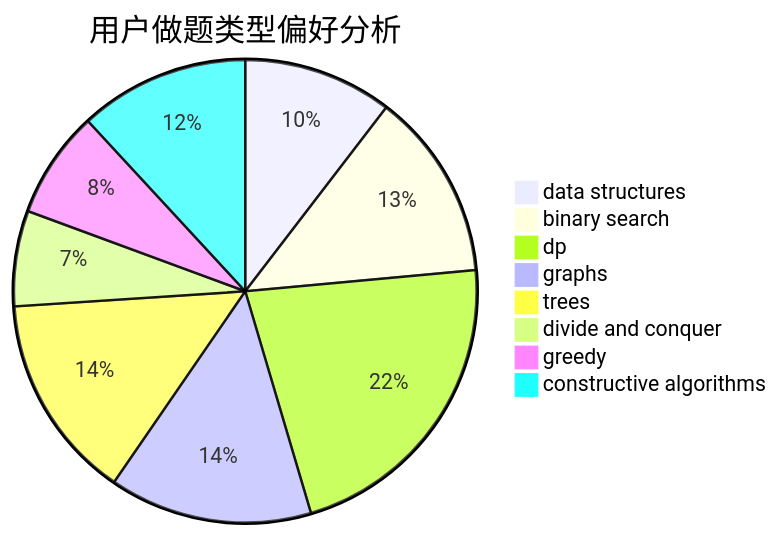
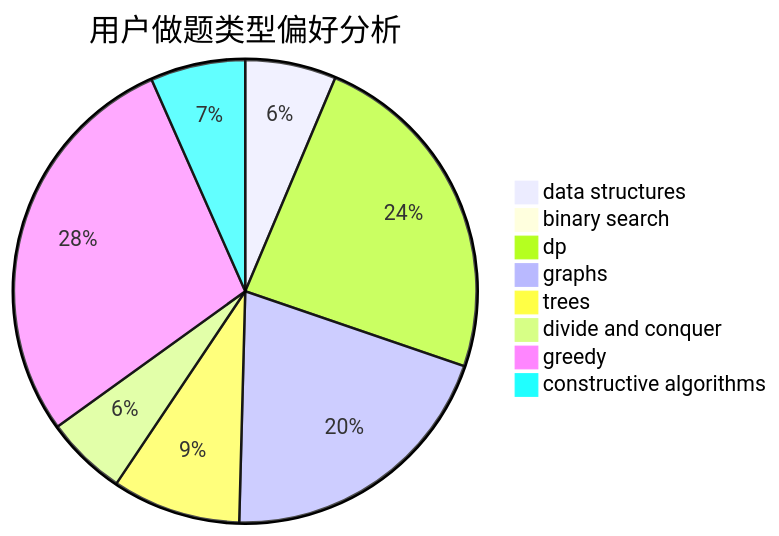
Before and after one commit to sherpahu/cfrs.github.io: the second of 3 diagrams in docs/user/u1571.md, drawn with Mermaid. The commit also changed other lines of this file and 2770 other files, not shown here.

````diff
--- a/docs/user/u1571.md
+++ b/docs/user/u1571.md
@@ -23,11 +23,11 @@
 ```mermaid
 pie title 用户做题类型偏好分析
-    "data structures" :  50
-    "binary search" :  63
-    "dp" :  105
-    "graphs" :  68
-    "trees" :  69
-    "divide and conquer" :  32
-    "greedy" :  36
-    "constructive algorithms" :  57
+    "data structures" :  46
+    "binary search" :  7
+    "dp" :  173
+    "graphs" :  146
+    "trees" :  65
+    "divide and conquer" :  41
+    "greedy" :  205
+    "constructive algorithms" :  48
 ```
````
